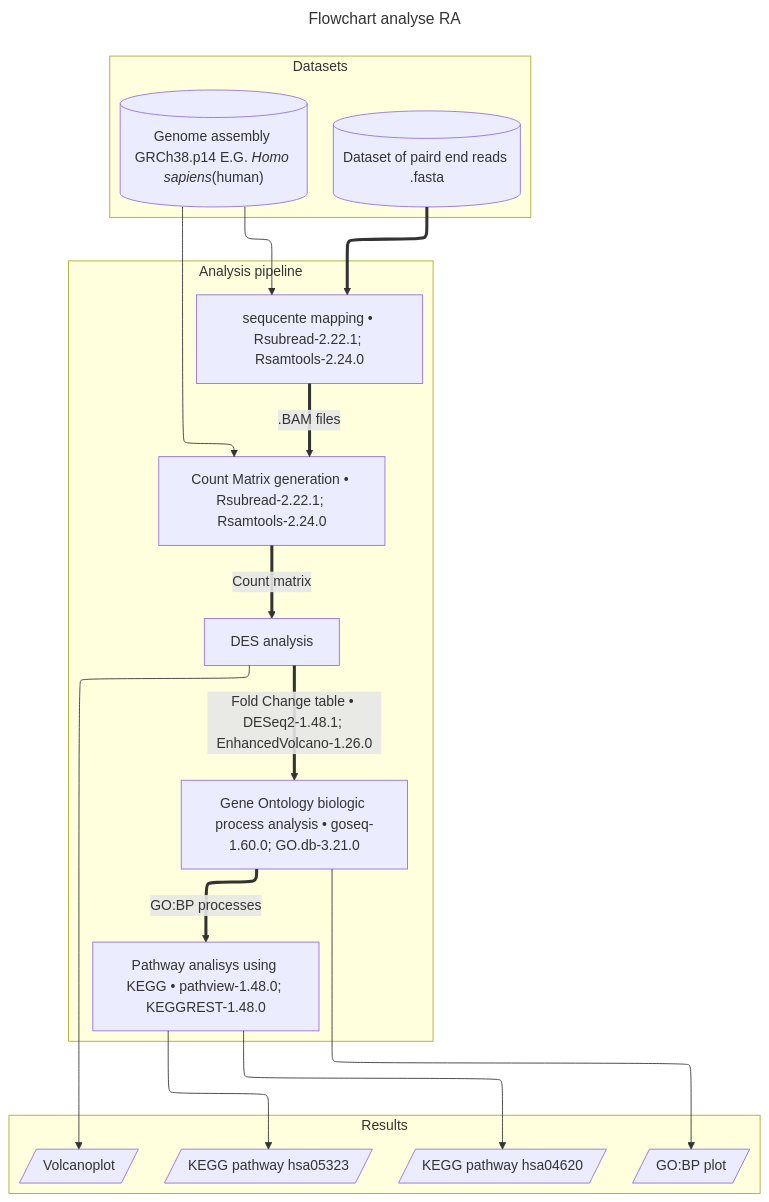
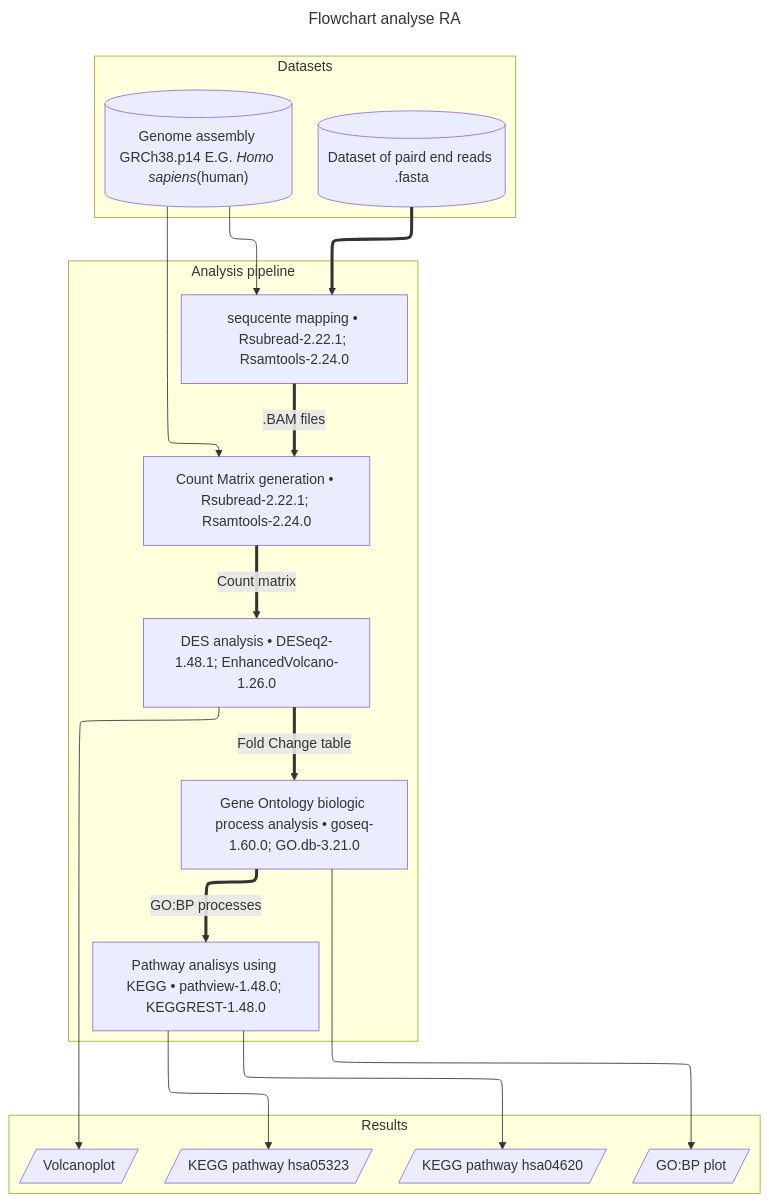
One commit to Quantum-Coder826/J2P4casusTranscriptomics changed the diagram in README.md. Above: the diagram before and after it, drawn with Mermaid.

Commit message:
Moved text

````diff
--- a/README.md
+++ b/README.md
@@ -38,47 +38,47 @@
 ```mermaid
 ---
 config:
   flowchart:
     defaultRenderer: elk
 title: Flowchart analyse RA 
 ---
 flowchart-elk TB
   subgraph thee [Datasets]
     HG38[("`Genome assembly GRCh38.p14 E.G. *Homo sapiens*(human)`")]
     dataset[("Dataset of paird end reads .fasta")]
   end
   
   subgraph one [Analysis pipeline]
     HG38 --> seq_map
     HG38 --> matrix
     
     dataset ==> seq_map
     
     seq_map["sequcente mapping • Rsubread-2.22.1; Rsamtools-2.24.0"] ==>|".BAM files"| matrix
     matrix["Count Matrix generation • Rsubread-2.22.1; Rsamtools-2.24.0"] ==>|"Count matrix"| data_ana
-    data_ana["DES analysis"] ==>|"Fold Change table • DESeq2-1.48.1; EnhancedVolcano-1.26.0"| GO_ana
+    data_ana["DES analysis • DESeq2-1.48.1; EnhancedVolcano-1.26.0"] ==>|"Fold Change table"| GO_ana
     GO_ana["Gene Ontology biologic process analysis • goseq-1.60.0; GO.db-3.21.0"] ==>|"GO:BP processes"| KEGG_ana
     KEGG_ana["Pathway analisys using KEGG • pathview-1.48.0; KEGGREST-1.48.0"]
   end
   
   subgraph two [Results]
     GO_ana ---> GO_plot[/"GO:BP plot"/]
     KEGG_ana ---> KEGG_hsa05323[/"KEGG pathway hsa05323"/]
     KEGG_ana ---> KEGG_hsa04620[/"KEGG pathway hsa04620"/]
     data_ana ---> Volcano[/"Volcanoplot"/]
   end
   
   classDef hidden display: none
   click HG38 "https://www.ncbi.nlm.nih.gov/datasets/genome/GCF_000001405.40/"
   click seq_map "https://github.com/Quantum-Coder826/J2P4casusTranscriptomics/blob/main/scripts/seq_mapping.R"
   click matrix "https://github.com/Quantum-Coder826/J2P4casusTranscriptomics/blob/main/scripts/count_matrix.R"
   click data_ana "https://github.com/Quantum-Coder826/J2P4casusTranscriptomics/blob/main/scripts/data_ana.R"
   click GO_ana "https://github.com/Quantum-Coder826/J2P4casusTranscriptomics/blob/main/scripts/GO_analysis.R"
   click KEGG_ana "https://github.com/Quantum-Coder826/J2P4casusTranscriptomics/blob/main/scripts/KEGG_analysis.R"
   click GO_plot "https://github.com/Quantum-Coder826/J2P4casusTranscriptomics/#Fig2"
   click KEGG_hsa05323 "https://github.com/Quantum-Coder826/J2P4casusTranscriptomics/#Fig3"
   click KEGG_hsa04620 "https://github.com/Quantum-Coder826/J2P4casusTranscriptomics/#Fig4"
   click Volcano "https://github.com/Quantum-Coder826/J2P4casusTranscriptomics/#Fig1"
   click dataset "https://github.com/Quantum-Coder826/J2P4casusTranscriptomics/tree/main/dataset"
 
 ```
````
